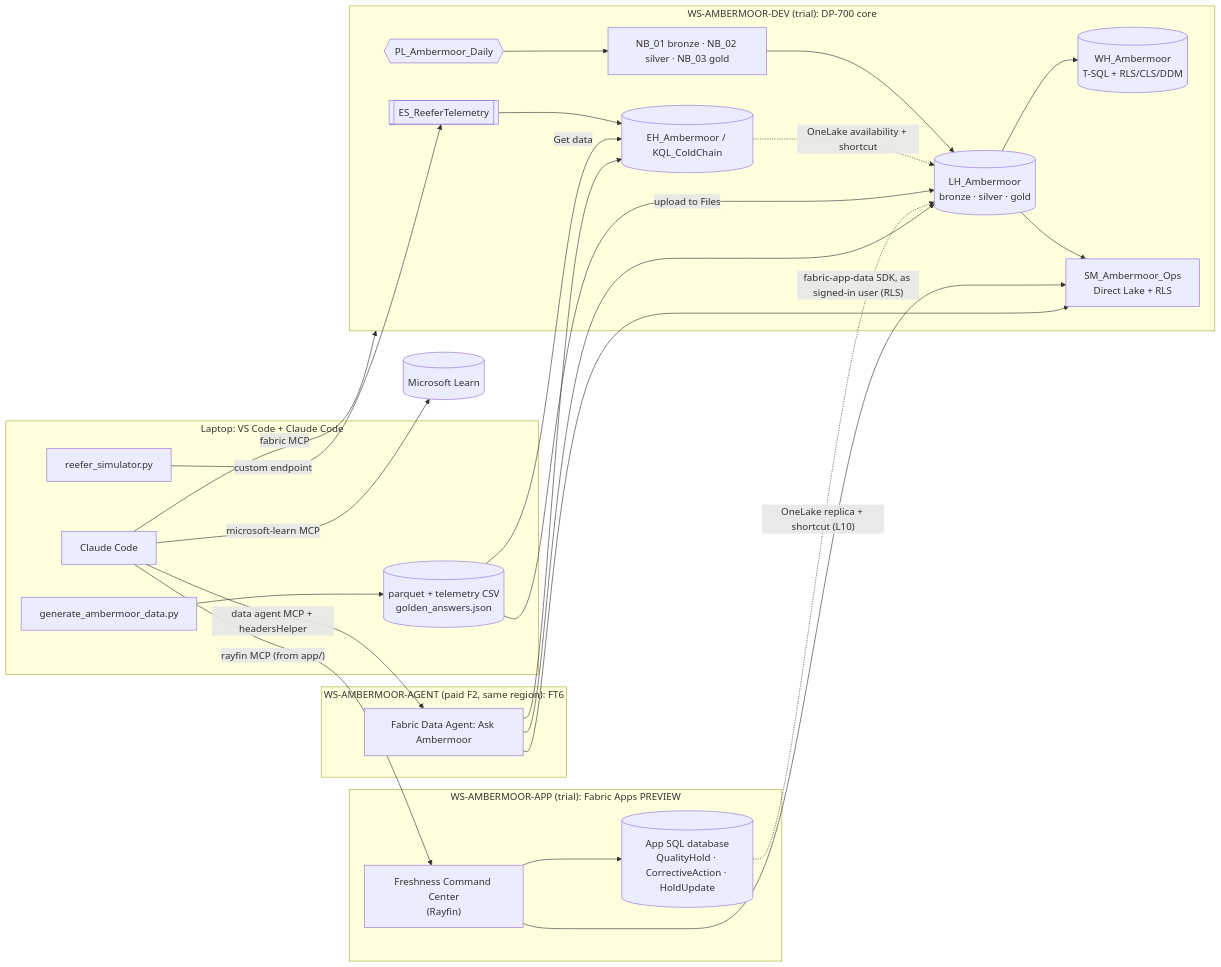
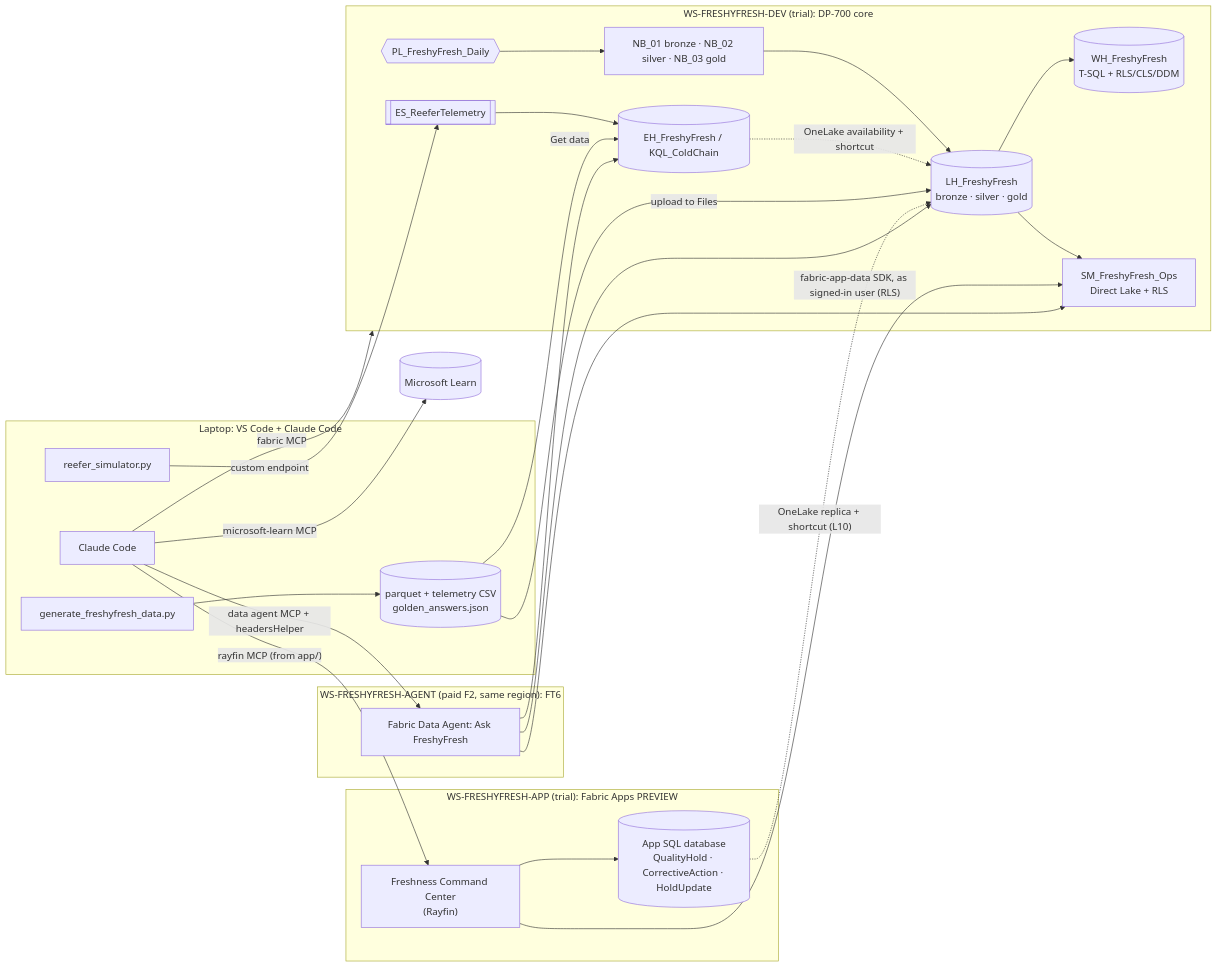
The diagram in docs/architecture.md (shekhus/ambermoor-fabric-poc), drawn with Mermaid before and after one commit. The commit also changed other lines of this file and 49 other files, not shown here.

First line of the commit message:
Rename Ambermoor to FreshyFresh; live golden eval 10/10 PASS

````diff
--- a/docs/architecture.md
+++ b/docs/architecture.md
@@ -12,34 +12,34 @@
 ```mermaid
 flowchart LR
   subgraph LOCAL["Laptop: VS Code + Claude Code"]
-    GEN["generate_ambermoor_data.py"] --> FILES[("parquet + telemetry CSV<br/>golden_answers.json")]
+    GEN["generate_freshyfresh_data.py"] --> FILES[("parquet + telemetry CSV<br/>golden_answers.json")]
     SIM["reefer_simulator.py"]
     CC["Claude Code"]
   end
-  subgraph DEV["WS-AMBERMOOR-DEV (trial): DP-700 core"]
-    PL{{"PL_Ambermoor_Daily"}} --> NB["NB_01 bronze · NB_02 silver · NB_03 gold"]
-    NB --> LH[("LH_Ambermoor<br/>bronze · silver · gold")]
-    LH --> WH[("WH_Ambermoor<br/>T-SQL + RLS/CLS/DDM")]
-    LH --> SM["SM_Ambermoor_Ops<br/>Direct Lake + RLS"]
-    ES[["ES_ReeferTelemetry"]] --> EH[("EH_Ambermoor / KQL_ColdChain")]
+  subgraph DEV["WS-FRESHYFRESH-DEV (trial): DP-700 core"]
+    PL{{"PL_FreshyFresh_Daily"}} --> NB["NB_01 bronze · NB_02 silver · NB_03 gold"]
+    NB --> LH[("LH_FreshyFresh<br/>bronze · silver · gold")]
+    LH --> WH[("WH_FreshyFresh<br/>T-SQL + RLS/CLS/DDM")]
+    LH --> SM["SM_FreshyFresh_Ops<br/>Direct Lake + RLS"]
+    ES[["ES_ReeferTelemetry"]] --> EH[("EH_FreshyFresh / KQL_ColdChain")]
     EH -. "OneLake availability + shortcut" .-> LH
   end
-  subgraph APPWS["WS-AMBERMOOR-APP (trial): Fabric Apps PREVIEW"]
+  subgraph APPWS["WS-FRESHYFRESH-APP (trial): Fabric Apps PREVIEW"]
     FA["Freshness Command Center<br/>(Rayfin)"] --> SQLDB[("App SQL database<br/>QualityHold · CorrectiveAction · HoldUpdate")]
   end
-  subgraph AGWS["WS-AMBERMOOR-AGENT (paid F2, same region): FT6"]
-    DA["Fabric Data Agent: Ask Ambermoor"]
+  subgraph AGWS["WS-FRESHYFRESH-AGENT (paid F2, same region): FT6"]
+    DA["Fabric Data Agent: Ask FreshyFresh"]
   end
   FILES -->|upload to Files| LH
   FILES -->|Get data| EH
   SIM -->|custom endpoint| ES
   FA -->|"fabric-app-data SDK, as signed-in user (RLS)"| SM
   SQLDB -. "OneLake replica + shortcut (L10)" .-> LH
   DA --> LH
   DA --> SM
   DA --> EH
   CC -->|"fabric MCP"| DEV
   CC -->|"rayfin MCP (from app/)"| FA
   CC -->|"data agent MCP + headersHelper"| DA
   CC -->|"microsoft-learn MCP"| LEARN[("Microsoft Learn")]
 ```
````
